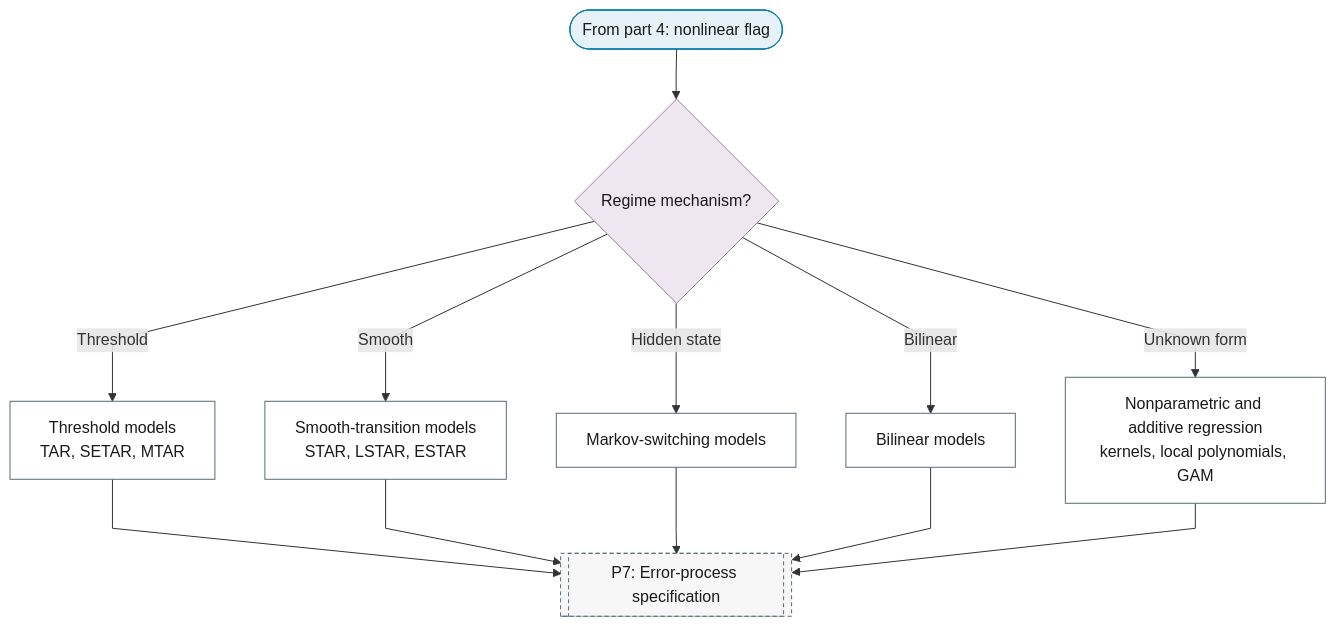
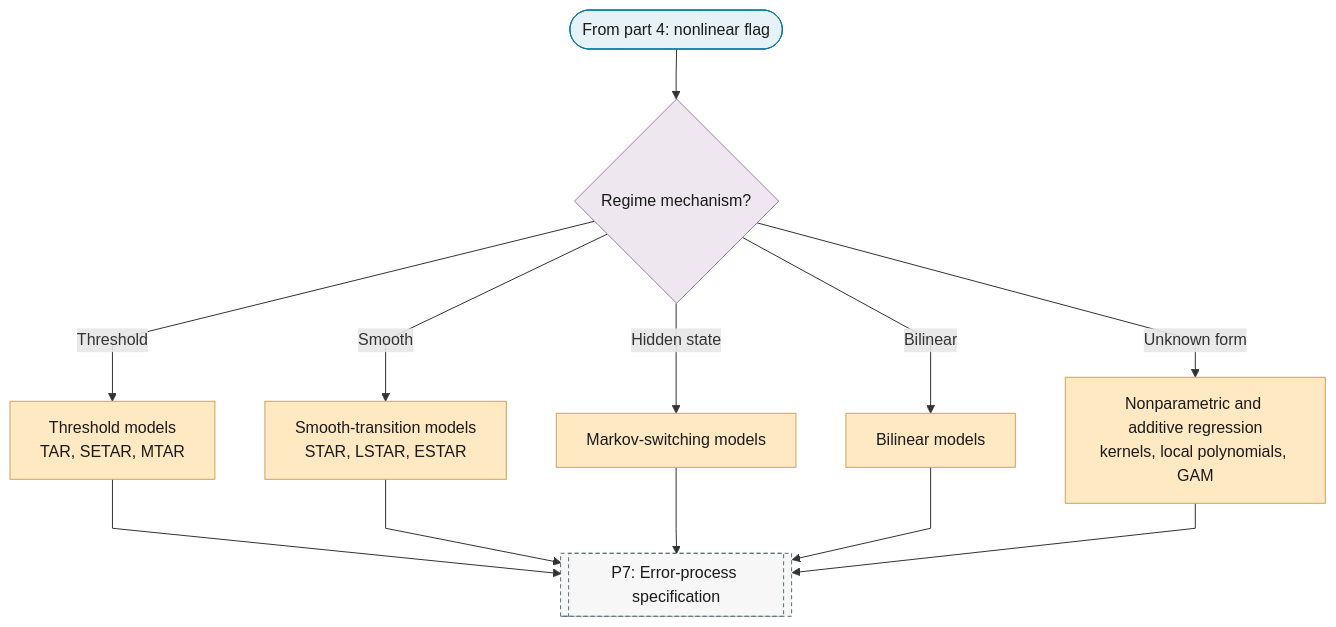
The sixth of 10 diagrams in docs/01-workflow/p06-mean-model-class.md (Shuxin-Y/time-series-analysis-manual), drawn with Mermaid before and after one commit. The commit also changed other lines of this file and 1 other file, not shown here.

First line of the commit message:
style(flowchart): P6 model and P8 estimator leaves keep the escalate outcome class

````diff
--- a/docs/01-workflow/p06-mean-model-class.md
+++ b/docs/01-workflow/p06-mean-model-class.md
@@ -160,23 +161,23 @@
 ```mermaid
 %%{init: {"flowchart": {"curve": "linear"}}}%%
 graph TD
     P6_PART_6_IN(["From part 4: nonlinear flag"]) --> P6_NONLINEAR_FAMILY{"Regime mechanism?"}
     P6_NONLINEAR_FAMILY -->|"Threshold"| P6_THRESHOLD["Threshold models<br/>TAR, SETAR, MTAR"]
     P6_NONLINEAR_FAMILY -->|"Smooth"| P6_SMOOTH_TRANSITION["Smooth-transition models<br/>STAR, LSTAR, ESTAR"]
     P6_NONLINEAR_FAMILY -->|"Hidden state"| P6_MARKOV_SWITCHING["Markov-switching models"]
     P6_NONLINEAR_FAMILY -->|"Bilinear"| P6_BILINEAR["Bilinear models"]
     P6_NONLINEAR_FAMILY -->|"Unknown form"| P6_NONPARAMETRIC["Nonparametric and additive regression<br/>kernels, local polynomials, GAM"]
     P6_THRESHOLD & P6_SMOOTH_TRANSITION & P6_MARKOV_SWITCHING & P6_BILINEAR & P6_NONPARAMETRIC --> P7[["P7: Error-process specification"]]
+    class P6_THRESHOLD,P6_SMOOTH_TRANSITION,P6_MARKOV_SWITCHING,P6_BILINEAR,P6_NONPARAMETRIC escalate
     class P6_PART_6_IN terminator
     class P6_NONLINEAR_FAMILY decision
-    class P6_THRESHOLD,P6_SMOOTH_TRANSITION,P6_MARKOV_SWITCHING,P6_BILINEAR,P6_NONPARAMETRIC process
     class P7 ref
     classDef terminator fill:#E6F2F7,stroke:#007BA7,color:#1A1A1A;
     classDef process fill:#FFFFFF,stroke:#5A6B73,color:#1A1A1A;
     classDef decision fill:#EFE7F0,stroke:#9B7FA7,color:#1A1A1A;
     classDef data fill:#FFF4E0,stroke:#C9A55E,color:#1A1A1A;
     classDef good fill:#DCEFD8,stroke:#4A7A3F,color:#1A1A1A;
     classDef escalate fill:#FFE9C2,stroke:#C9A55E,color:#1A1A1A;
     classDef problem fill:#F2D9DE,stroke:#800020,color:#1A1A1A;
     classDef ref fill:#F7F7F7,stroke:#5A6B73,color:#1A1A1A,stroke-dasharray:4 3;
 ```
````
